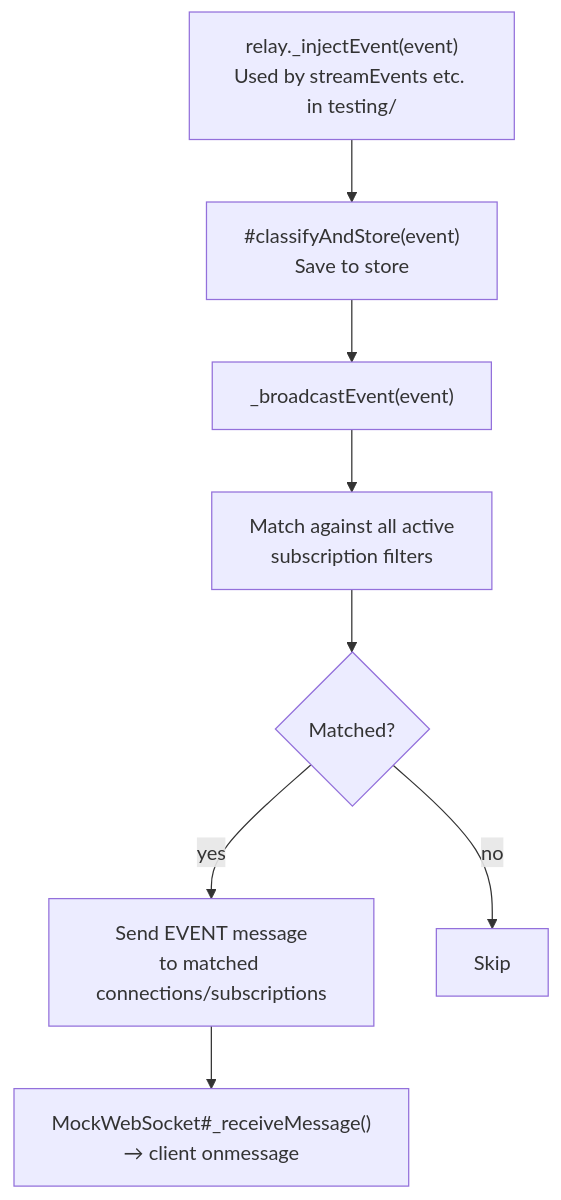
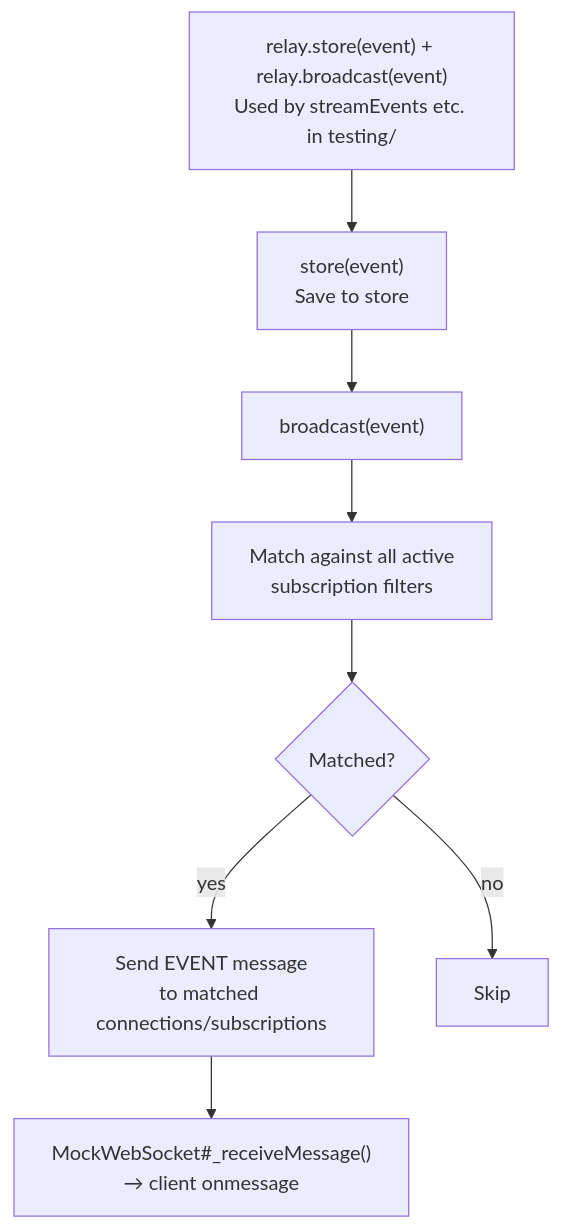
One commit to ikuradon/tsunagiya changed diagram 14 of 15 in docs/en/reference/architecture.md. Above: the diagram before and after it, drawn with Mermaid. The commit also changed other lines of this file and 9 other files, not shown here.

````diff
--- a/docs/en/reference/architecture.md
+++ b/docs/en/reference/architecture.md
@@ -427,11 +432,11 @@
 ```mermaid
 flowchart TD
-    INJECT["relay._injectEvent(event)\nUsed by streamEvents etc. in testing/"]
-    INJECT --> CLASSIFY["#classifyAndStore(event)\nSave to store"]
-    CLASSIFY --> BROADCAST["_broadcastEvent(event)"]
+    INJECT["relay.store(event) + relay.broadcast(event)\nUsed by streamEvents etc. in testing/"]
+    INJECT --> CLASSIFY["store(event)\nSave to store"]
+    CLASSIFY --> BROADCAST["broadcast(event)"]
     BROADCAST --> MATCH["Match against all active\nsubscription filters"]
     MATCH --> SEND{"Matched?"}
     SEND -->|yes| EVMSG["Send EVENT message\nto matched connections/subscriptions"]
     SEND -->|no| SKIP["Skip"]
     EVMSG --> RECEIVE["MockWebSocket#_receiveMessage()\n→ client onmessage"]
 ```
````
